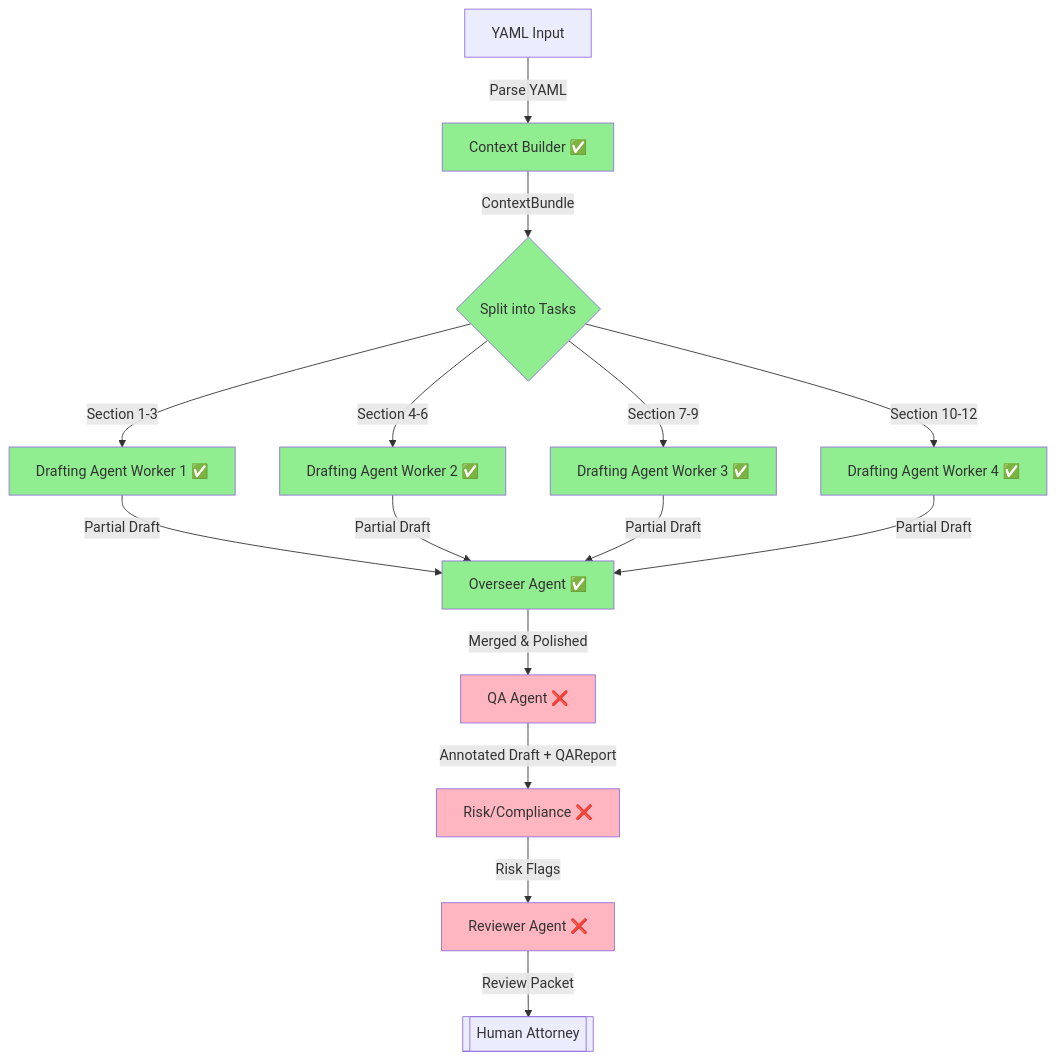
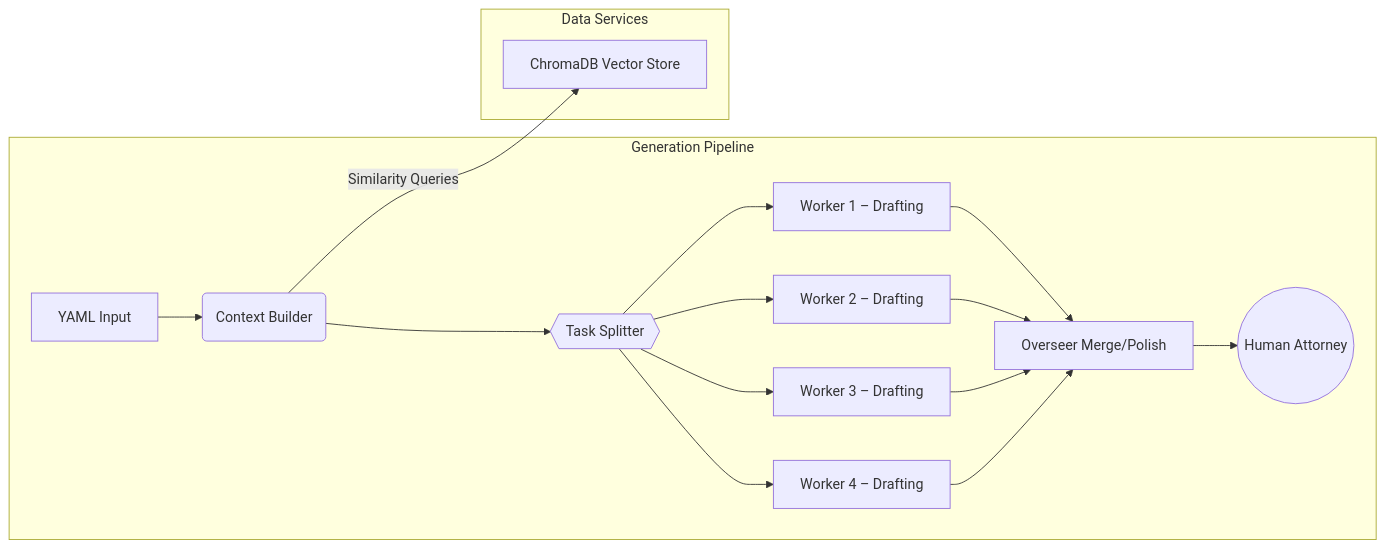
Before and after one commit to ryanmosz/CaseThread: the first of 2 diagrams in Multiagent.md, drawn with Mermaid. The commit also changed other lines of this file and 1 other file, not shown here.

Commit message:
docs: rewrite Multiagent snapshot and remove obsolete parallel drafting plan

````diff
--- a/Multiagent.md
+++ b/Multiagent.md
@@ -66,28 +21,22 @@
 ```mermaid
-graph TD
-    A[YAML Input] -->|Parse YAML| B[Context Builder ✅]
-    B -->|ContextBundle| C{Split into Tasks}
-    C -->|Section 1-3| D1[Drafting Agent Worker 1 ✅]
-    C -->|Section 4-6| D2[Drafting Agent Worker 2 ✅]
-    C -->|Section 7-9| D3[Drafting Agent Worker 3 ✅]
-    C -->|Section 10-12| D4[Drafting Agent Worker 4 ✅]
-    D1 -->|Partial Draft| E[Overseer Agent ✅]
-    D2 -->|Partial Draft| E
-    D3 -->|Partial Draft| E
-    D4 -->|Partial Draft| E
-    E -->|Merged & Polished| F[QA Agent ❌]
-    F -->|Annotated Draft + QAReport| G[Risk/Compliance ❌]
-    G -->|Risk Flags| H[Reviewer Agent ❌]
-    H -->|Review Packet| I[[Human Attorney]]
-    
-    style B fill:#90EE90
-    style C fill:#90EE90
-    style D1 fill:#90EE90
-    style D2 fill:#90EE90
-    style D3 fill:#90EE90
-    style D4 fill:#90EE90
-    style E fill:#90EE90
-    style F fill:#FFB6C1
-    style G fill:#FFB6C1
-    style H fill:#FFB6C1
+flowchart LR
+    subgraph Generation Pipeline
+        A["YAML Input"] --> B(Context Builder)
+        B --> C{{Task Splitter}}
+        C --> D1[Worker 1 – Drafting]
+        C --> D2[Worker 2 – Drafting]
+        C --> D3[Worker 3 – Drafting]
+        C --> D4[Worker 4 – Drafting]
+        D1 --> E[Overseer Merge/Polish]
+        D2 --> E
+        D3 --> E
+        D4 --> E
+        E --> F((Human Attorney))
+    end
+
+    subgraph Data Services
+        X[ChromaDB Vector Store]
+    end
+
+    B -- Similarity Queries --> X
 ```
````
